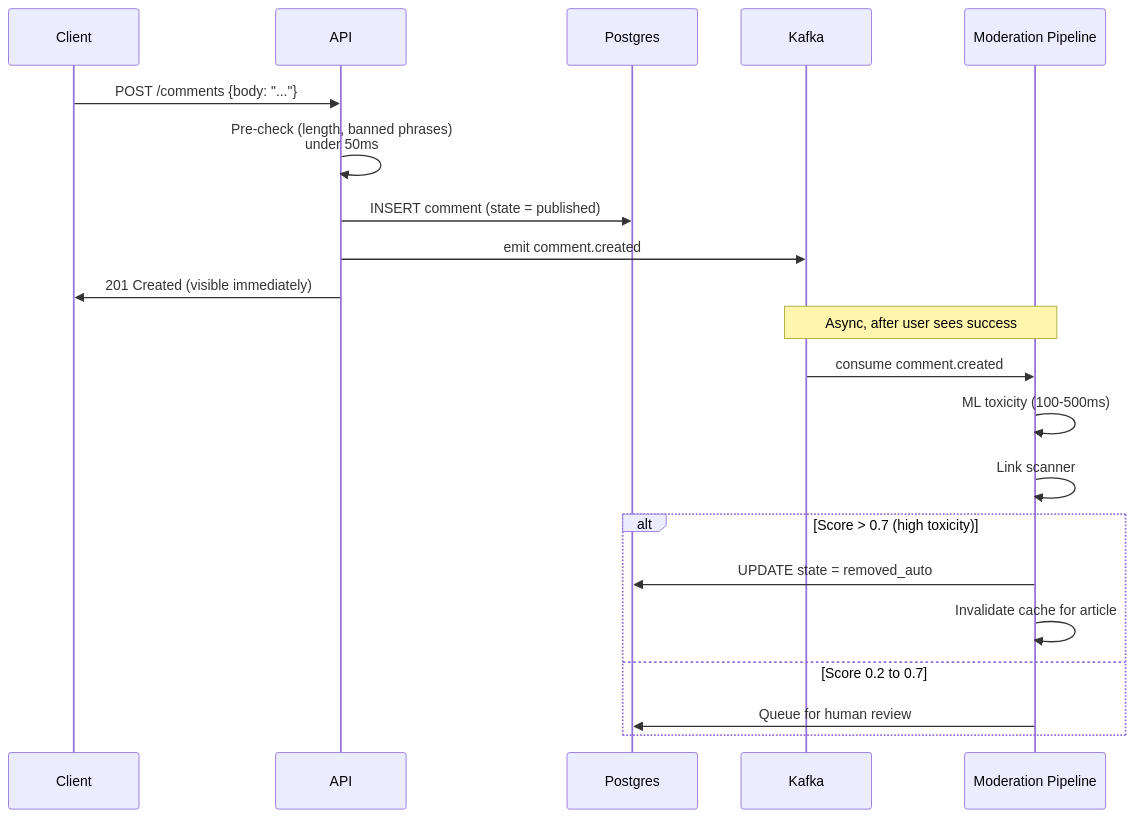
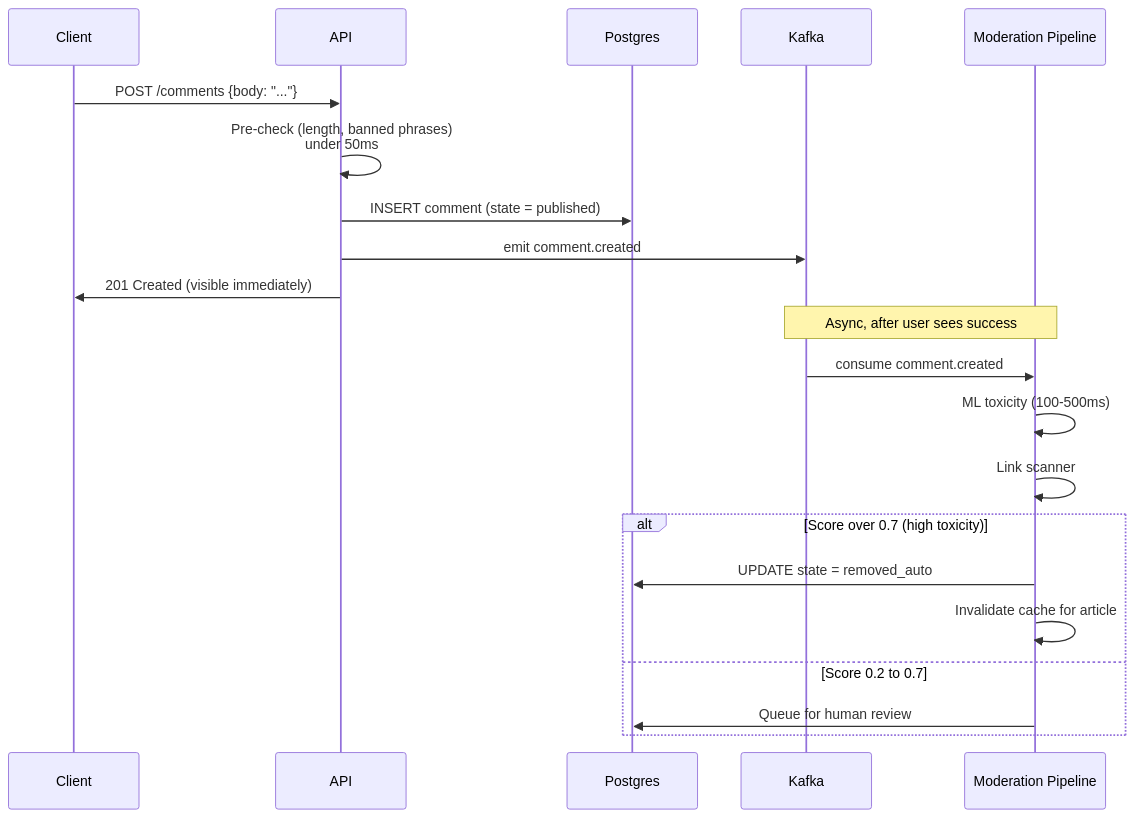
The third of 5 diagrams in _practice/system-design/015-comment-system.md (shiningflash/shiningflash.github.io), drawn with Mermaid before and after one commit. The commit also changed other lines of this file and 6 other files, not shown here.

````diff
--- a/_practice/system-design/015-comment-system.md
+++ b/_practice/system-design/015-comment-system.md
@@ -436,26 +436,26 @@
 ```mermaid
 sequenceDiagram
     participant Client
     participant API
     participant DB as Postgres
     participant Kafka
     participant Mod as Moderation Pipeline
 
     Client->>API: POST /comments {body: "..."}
     API->>API: Pre-check (length, banned phrases)<br/>under 50ms
     API->>DB: INSERT comment (state = published)
     API->>Kafka: emit comment.created
     API->>Client: 201 Created (visible immediately)
 
     Note over Kafka,Mod: Async, after user sees success
     Kafka->>Mod: consume comment.created
     Mod->>Mod: ML toxicity (100-500ms)
     Mod->>Mod: Link scanner
 
-    alt Score > 0.7 (high toxicity)
+    alt Score over 0.7 (high toxicity)
         Mod->>DB: UPDATE state = removed_auto
         Mod->>Mod: Invalidate cache for article
     else Score 0.2 to 0.7
         Mod->>DB: Queue for human review
     end
 ```
````
